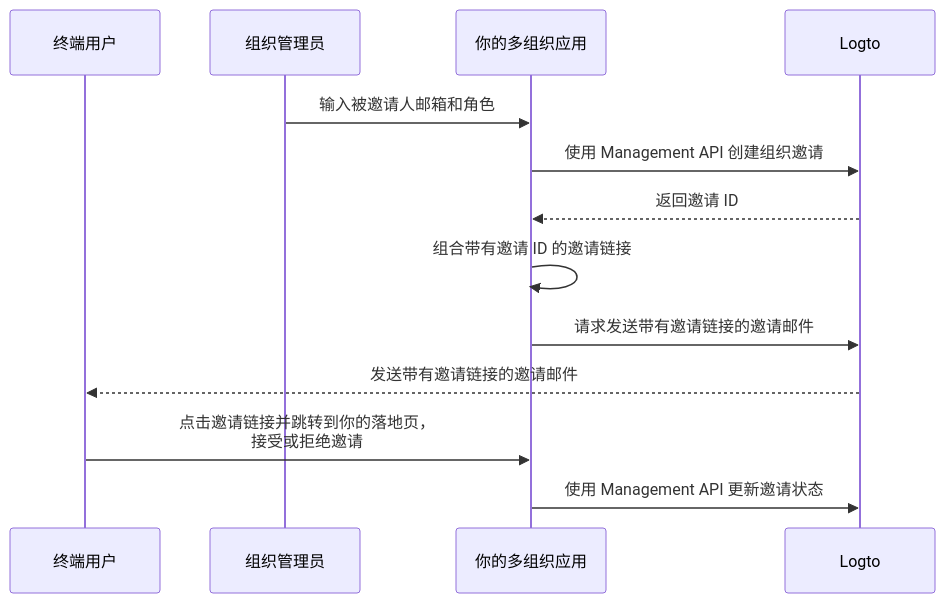
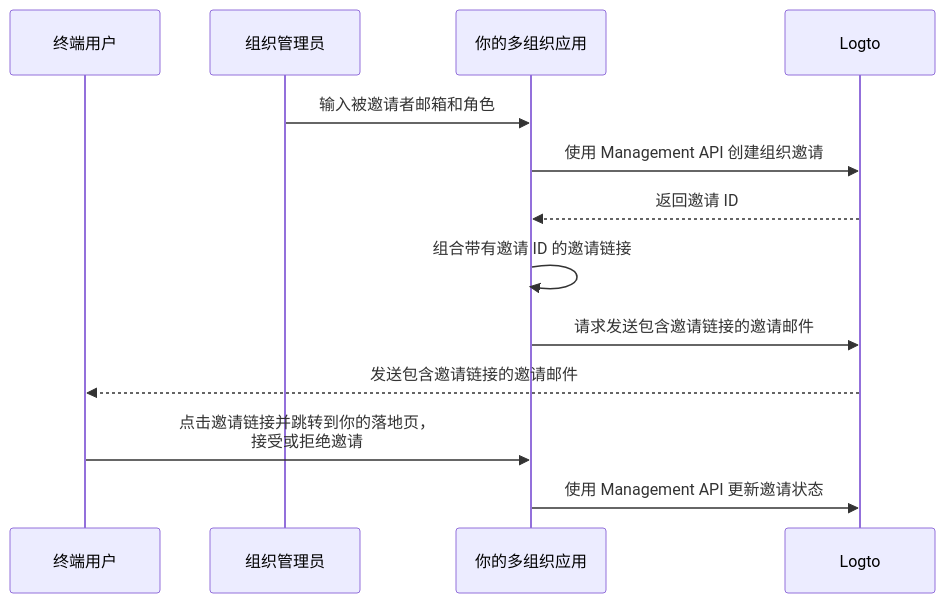
Before and after one commit to logto-io/docs: the diagram in i18n/zh-CN/docusaurus-plugin-content-docs/current/end-user-flows/organization-experience/invite-organization-members.mdx, drawn with Mermaid. The commit also changed other lines of this file and 96 other files, not shown here.

````diff
--- a/i18n/zh-CN/docusaurus-plugin-content-docs/current/end-user-flows/organization-experience/invite-organization-members.mdx
+++ b/i18n/zh-CN/docusaurus-plugin-content-docs/current/end-user-flows/organization-experience/invite-organization-members.mdx
@@ -13,16 +13,16 @@
 ```mermaid
 sequenceDiagram
 	Participant U as 终端用户
   Participant A as 组织管理员
   Participant C as 你的多组织应用
 	Participant L as Logto
 
-  A ->> C: 输入被邀请人邮箱和角色
+  A ->> C: 输入被邀请者邮箱和角色
   C ->> L: 使用 Management API 创建组织邀请
   L -->> C: 返回邀请 ID
   C ->> C: 组合带有邀请 ID 的邀请链接
-  C ->> L: 请求发送带有邀请链接的邀请邮件
-  L -->> U: 发送带有邀请链接的邀请邮件
+  C ->> L: 请求发送包含邀请链接的邀请邮件
+  L -->> U: 发送包含邀请链接的邀请邮件
   U ->> C: 点击邀请链接并跳转到你的落地页，<br /> 接受或拒绝邀请
   C ->> L: 使用 Management API 更新邀请状态
 ```
````
